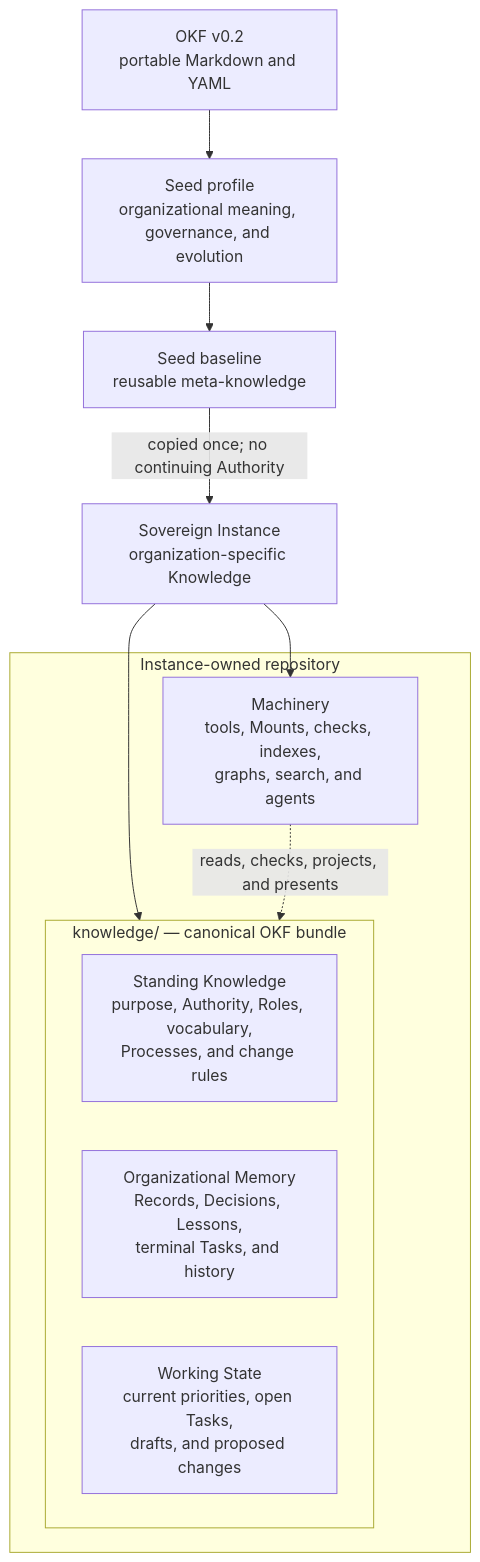
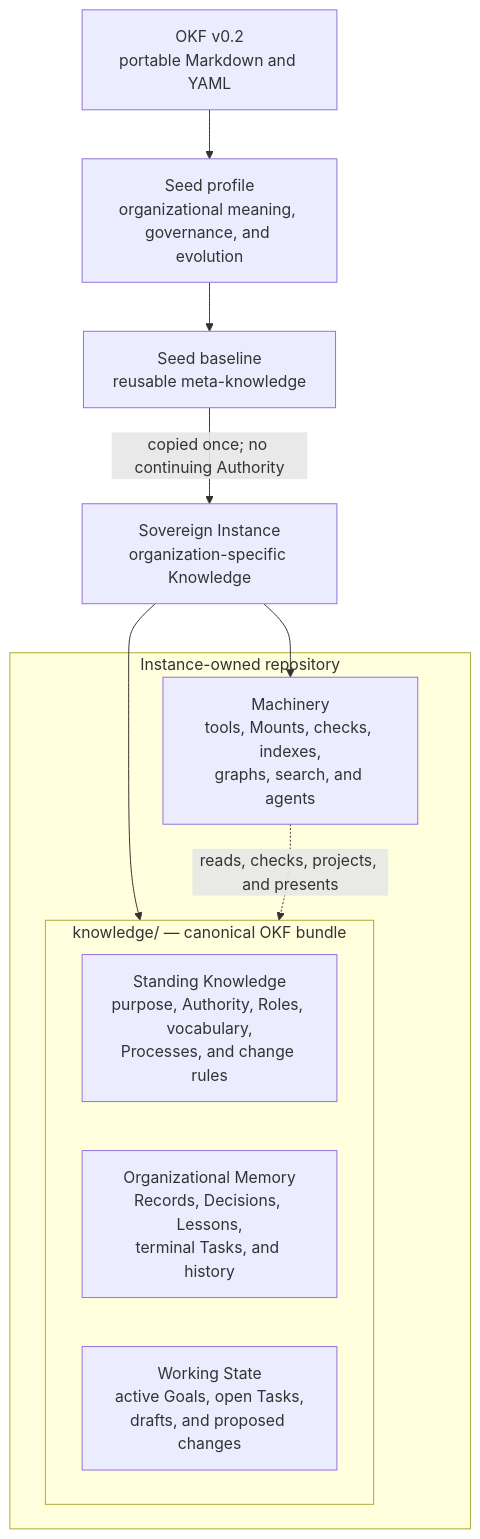
Before and after one commit to codeyogi911/organizational-seed: the first of 2 diagrams in knowledge/KNOWLEDGE.md, drawn with Mermaid. The commit also changed other lines of this file and 16 other files, not shown here.

````diff
--- a/knowledge/KNOWLEDGE.md
+++ b/knowledge/KNOWLEDGE.md
@@ -27,19 +27,19 @@
 ```mermaid
 flowchart TB
     OKF["OKF v0.2<br/>portable Markdown and YAML"] --> Profile["Seed profile<br/>organizational meaning, governance, and evolution"]
     Profile --> Seed["Seed baseline<br/>reusable meta-knowledge"]
     Seed -->|copied once; no continuing Authority| Instance["Sovereign Instance<br/>organization-specific Knowledge"]
 
     subgraph Repository["Instance-owned repository"]
         subgraph Bundle["knowledge/ — canonical OKF bundle"]
             Standing["Standing Knowledge<br/>purpose, Authority, Roles, vocabulary,<br/>Processes, and change rules"]
             Memory["Organizational Memory<br/>Records, Decisions, Lessons,<br/>terminal Tasks, and history"]
-            Working["Working State<br/>current priorities, open Tasks,<br/>drafts, and proposed changes"]
+            Working["Working State<br/>active Goals, open Tasks,<br/>drafts, and proposed changes"]
         end
         Machinery["Machinery<br/>tools, Mounts, checks, indexes,<br/>graphs, search, and agents"]
     end
 
     Instance --> Bundle
     Instance --> Machinery
     Machinery -. reads, checks, projects, and presents .-> Bundle
 ```
````
